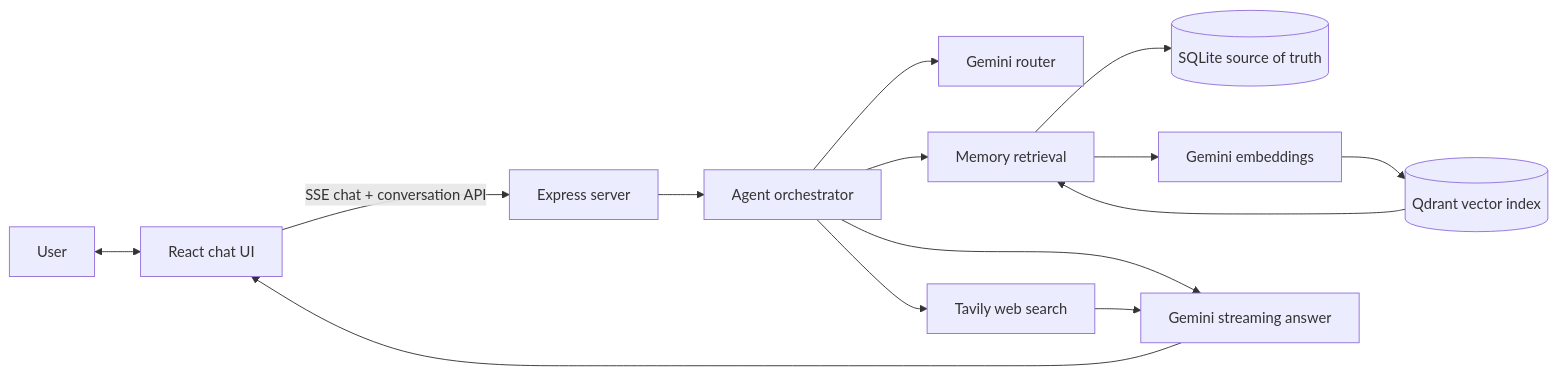
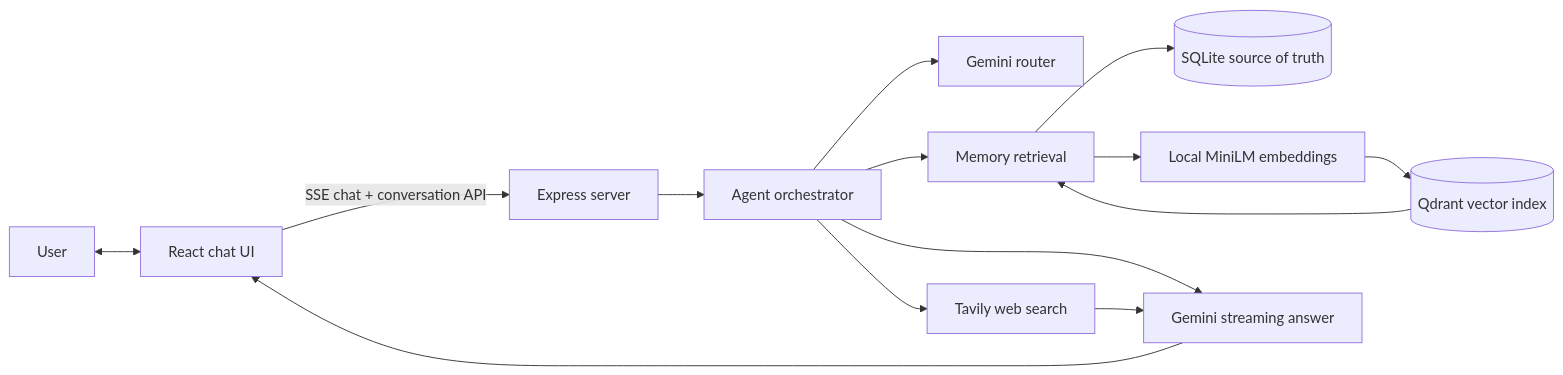
Before and after one commit to DarshanPandey515/kitty-minimi-assignment: the first of 2 diagrams in README.md, drawn with Mermaid. The commit also changed other lines of this file and 1 other file, not shown here.

Commit message:
docs: document local memory embeddings

````diff
--- a/README.md
+++ b/README.md
@@ -15,16 +15,16 @@
 ```mermaid
 flowchart LR
     User[User] <--> UI[React chat UI]
     UI -->|SSE chat + conversation API| API[Express server]
     API --> Agent[Agent orchestrator]
     Agent --> Router[Gemini router]
     Agent --> Recall[Memory retrieval]
     Agent --> Answer[Gemini streaming answer]
     Agent --> Search[Tavily web search]
     Recall --> SQLite[(SQLite source of truth)]
-    Recall --> Embed[Gemini embeddings]
+    Recall --> Embed[Local MiniLM embeddings]
     Embed --> Qdrant[(Qdrant vector index)]
     Qdrant --> Recall
     Search --> Answer
     Answer --> UI
 ```
````
